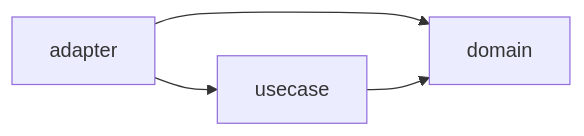
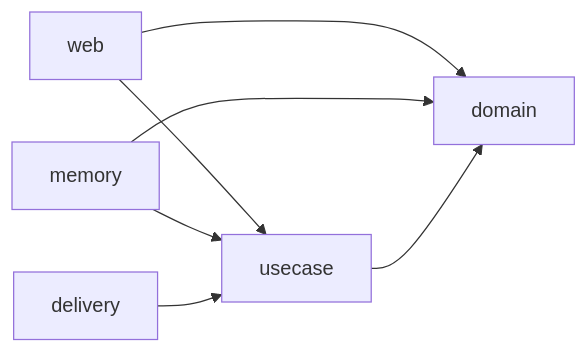
Before and after one commit to 135yshr/documents: the diagram in books/go-service-design/enforce-dependency-rule.md, drawn with Mermaid. The commit also changed other lines of this file and 26 other files, not shown here.

````diff
--- a/books/go-service-design/enforce-dependency-rule.md
+++ b/books/go-service-design/enforce-dependency-rule.md
@@ -13,6 +118,9 @@
 ```mermaid
 graph LR
-    adapter --> usecase
-    adapter --> domain
+    web --> usecase
+    web --> domain
+    memory --> usecase
+    memory --> domain
+    delivery --> usecase
     usecase --> domain
 ```
````
